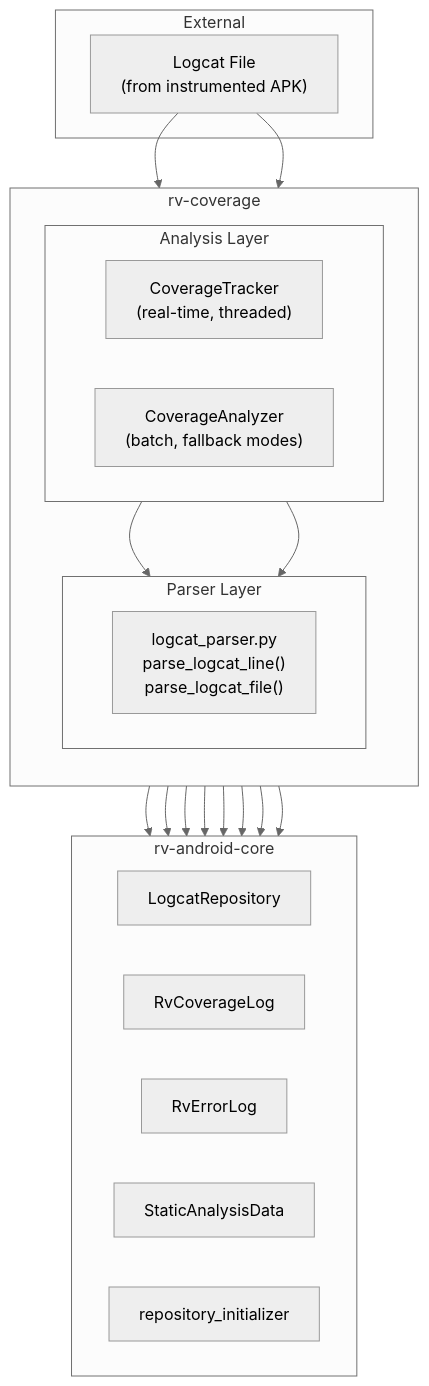
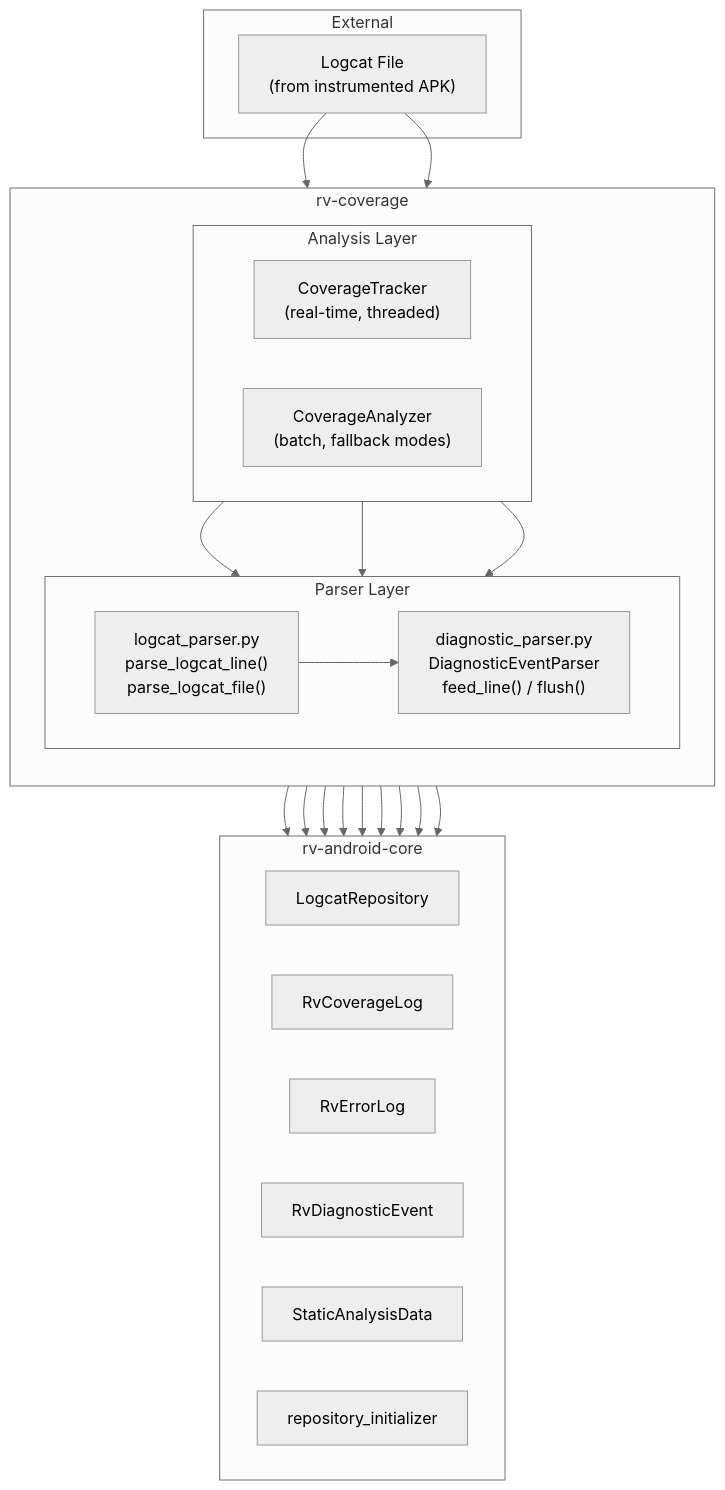
Before and after one commit to PAMunb/rvsec: the second of 5 diagrams in rv-android/modules/rv-coverage/docs/architecture.md, drawn with Mermaid. The commit also changed other lines of this file and 30 other files, not shown here.

````diff
--- a/rv-android/modules/rv-coverage/docs/architecture.md
+++ b/rv-android/modules/rv-coverage/docs/architecture.md
@@ -243,42 +276,47 @@
 ```mermaid
 %%{init: {'theme': 'neutral'}}%%
 flowchart TB
     subgraph RVCoverage["rv-coverage"]
         direction TB
         subgraph ParserLayer["Parser Layer"]
             direction LR
             LP["logcat_parser.py<br/>parse_logcat_line()<br/>parse_logcat_file()"]
+            DP["diagnostic_parser.py<br/>DiagnosticEventParser<br/>feed_line() / flush()"]
         end
         subgraph AnalysisLayer["Analysis Layer"]
             direction LR
             CT["CoverageTracker<br/>(real-time, threaded)"]
             CA["CoverageAnalyzer<br/>(batch, fallback modes)"]
         end
     end
 
     subgraph Core["rv-android-core"]
         direction LR
         LR["LogcatRepository"]
         RCL["RvCoverageLog"]
         REL["RvErrorLog"]
+        RDE["RvDiagnosticEvent"]
         SAD["StaticAnalysisData"]
         RI["repository_initializer"]
     end
 
     subgraph External["External"]
         LF["Logcat File<br/>(from instrumented APK)"]
     end
 
     CT --> LP
+    CT --> DP
     CA --> LP
+    LP --> DP
     LP --> RCL
     LP --> REL
+    DP --> RDE
     CT --> LR
     CA --> LR
     CT --> SAD
     CA --> SAD
     CT --> RI
     CA --> RI
     LF --> CT
     LF --> LP
 ```
````
